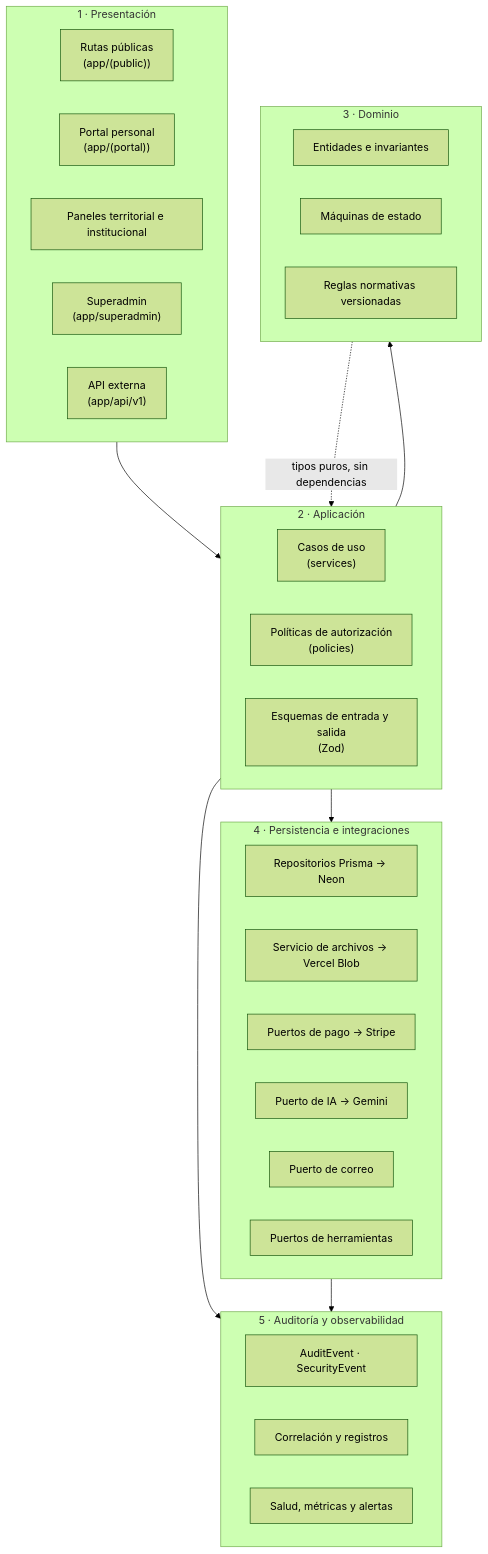
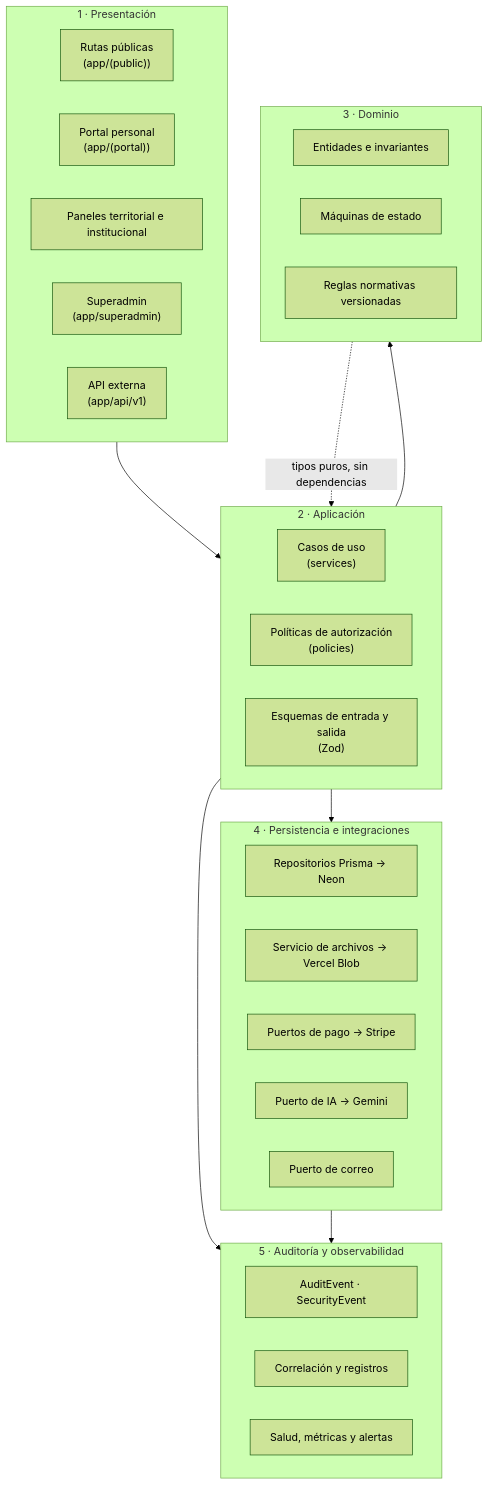
Before and after one commit to Alianza-Indigo/fuerza_indigo: the first of 7 diagrams in docs/ARCHITECTURE.md, drawn with Mermaid (forest theme). The commit also changed other lines of this file and 63 other files, not shown here.

````diff
--- a/docs/ARCHITECTURE.md
+++ b/docs/ARCHITECTURE.md
@@ -41,40 +41,39 @@
 ```mermaid
 flowchart TB
     subgraph P["1 · Presentación"]
         P1["Rutas públicas<br/>(app/(public))"]
         P2["Portal personal<br/>(app/(portal))"]
         P3["Paneles territorial e institucional"]
         P4["Superadmin<br/>(app/superadmin)"]
         P5["API externa<br/>(app/api/v1)"]
     end
     subgraph A["2 · Aplicación"]
         A1["Casos de uso<br/>(services)"]
         A2["Políticas de autorización<br/>(policies)"]
         A3["Esquemas de entrada y salida<br/>(Zod)"]
     end
     subgraph D["3 · Dominio"]
         D1["Entidades e invariantes"]
         D2["Máquinas de estado"]
         D3["Reglas normativas versionadas"]
     end
     subgraph I["4 · Persistencia e integraciones"]
         I1["Repositorios Prisma → Neon"]
         I2["Servicio de archivos → Vercel Blob"]
         I3["Puertos de pago → Stripe"]
         I4["Puerto de IA → Gemini"]
         I5["Puerto de correo"]
-        I6["Puertos de herramientas"]
     end
     subgraph O["5 · Auditoría y observabilidad"]
         O1["AuditEvent · SecurityEvent"]
         O2["Correlación y registros"]
         O3["Salud, métricas y alertas"]
     end
 
     P --> A
     A --> D
     A --> I
     A --> O
     D -.-> |"tipos puros, sin dependencias"| A
     I --> O
 ```
````
